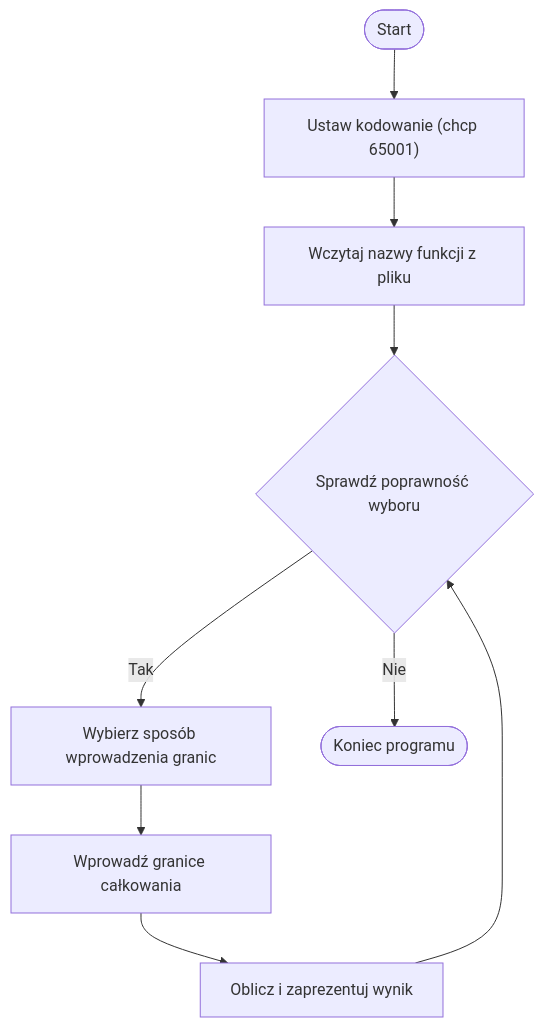
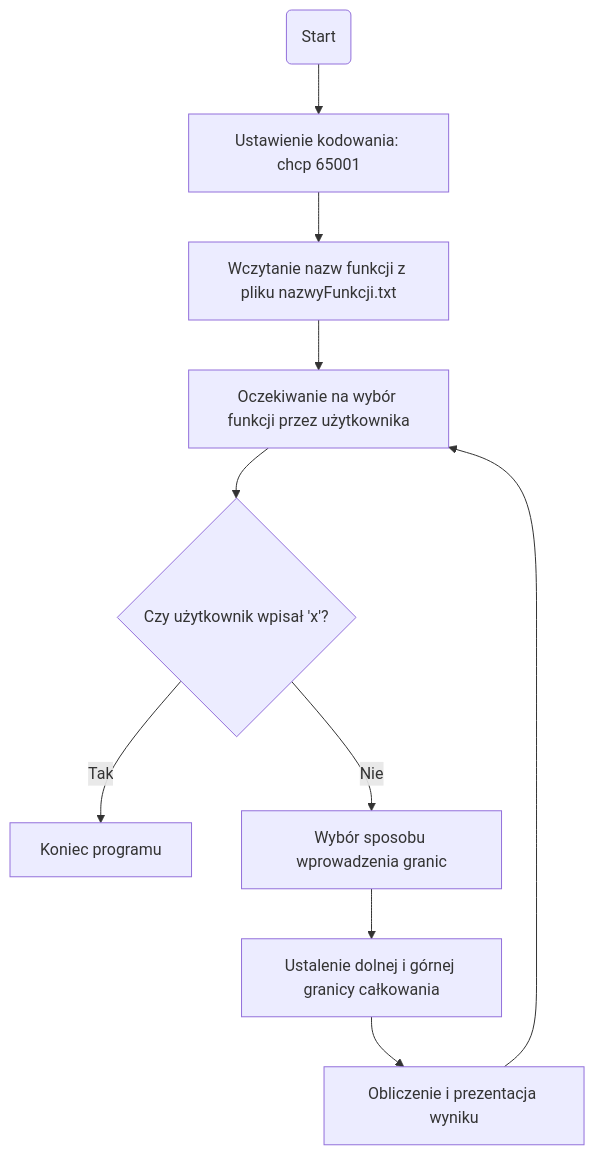
Before and after one commit to VITALA6/Projekt: the first of 2 diagrams in Dokumentacja.md, drawn with Mermaid. The commit also changed other lines of this file, not shown here.

````diff
--- a/Dokumentacja.md
+++ b/Dokumentacja.md
@@ -137,11 +137,15 @@
 ```mermaid
-graph TB
-Start([Start]) --> Init["Ustaw kodowanie (chcp 65001)"]
-Init --> Load["Wczytaj nazwy funkcji z pliku"]
-Load --> Loop{Sprawdź poprawność wyboru}
-Loop -->|Tak| WyborGranic["Wybierz sposób wprowadzenia granic"]
-WyborGranic --> Wprowadz["Wprowadź granice całkowania"]
-Wprowadz --> Oblicz["Oblicz i zaprezentuj wynik"]
-Oblicz --> Loop
-Loop -->|Nie| Koniec([Koniec programu])
+graph TD;
+    A(Start) --> B[Ustawienie kodowania: chcp 65001]
+    B --> C[Wczytanie nazw funkcji z pliku nazwyFunkcji.txt]
+    C --> D[Oczekiwanie na wybór funkcji przez użytkownika]
+    
+    D --> E{Czy użytkownik wpisał 'x'?}
+    E -->|Tak| F[Koniec programu]
+    E -->|Nie| G[Wybór sposobu wprowadzenia granic]
+    
+    G --> H[Ustalenie dolnej i górnej granicy całkowania]
+    H --> I[Obliczenie i prezentacja wyniku]
+    I --> D
+
 ```
````
